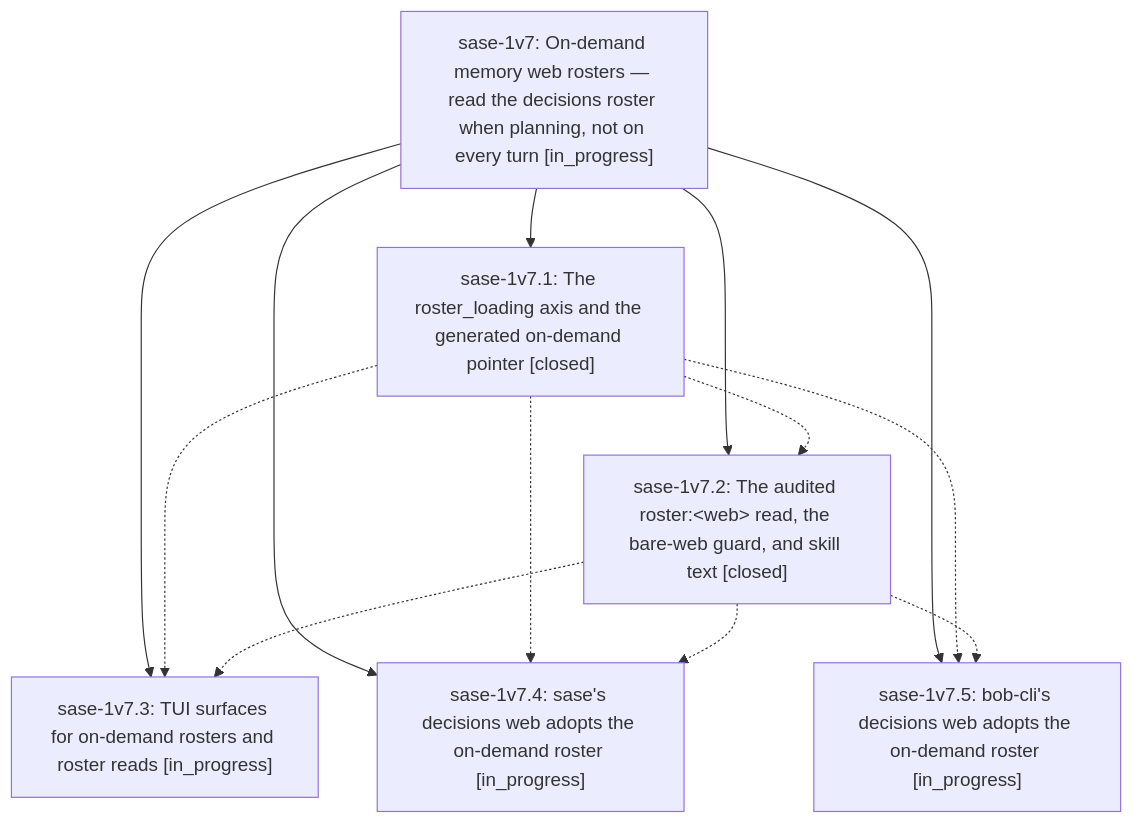
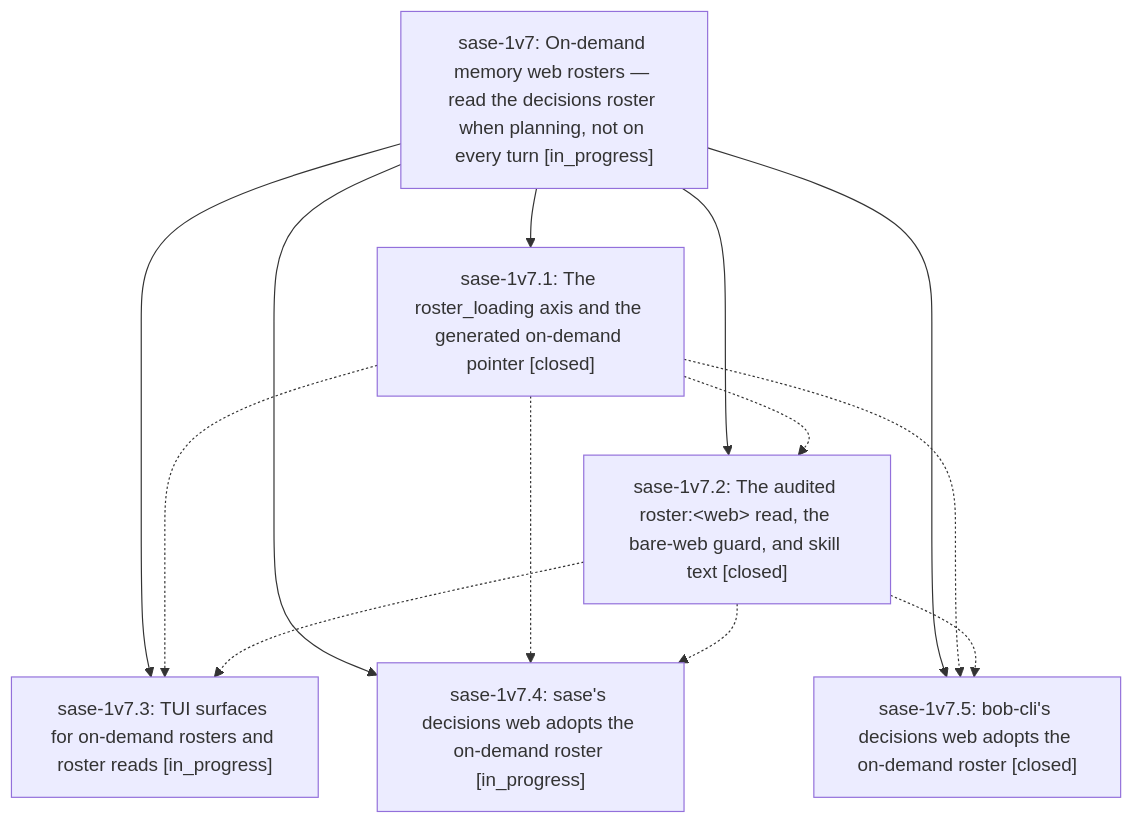
Before and after one commit to sase-org/sase--beads: the diagram in pages/sase-1v7/README.md, drawn with Mermaid. The commit also changed other lines of this file and 3 other files, not shown here.

````diff
--- a/pages/sase-1v7/README.md
+++ b/pages/sase-1v7/README.md
@@ -40,21 +40,21 @@
 ```mermaid
 flowchart TD
     n0["sase-1v7: On-demand memory web rosters — read the decisions roster when planning, not on every turn [in_progress]"]
     n1["sase-1v7.1: The roster_loading axis and the generated on-demand pointer [closed]"]
     n2["sase-1v7.2: The audited roster:&lt;web&gt; read, the bare-web guard, and skill text [closed]"]
     n3["sase-1v7.3: TUI surfaces for on-demand rosters and roster reads [in_progress]"]
     n4["sase-1v7.4: sase's decisions web adopts the on-demand roster [in_progress]"]
-    n5["sase-1v7.5: bob-cli's decisions web adopts the on-demand roster [in_progress]"]
+    n5["sase-1v7.5: bob-cli's decisions web adopts the on-demand roster [closed]"]
     n0 --> n1
     n0 --> n2
     n0 --> n3
     n0 --> n4
     n0 --> n5
     n1 -.-> n2
     n1 -.-> n3
     n1 -.-> n4
     n1 -.-> n5
     n2 -.-> n3
     n2 -.-> n4
     n2 -.-> n5
 ```
````
